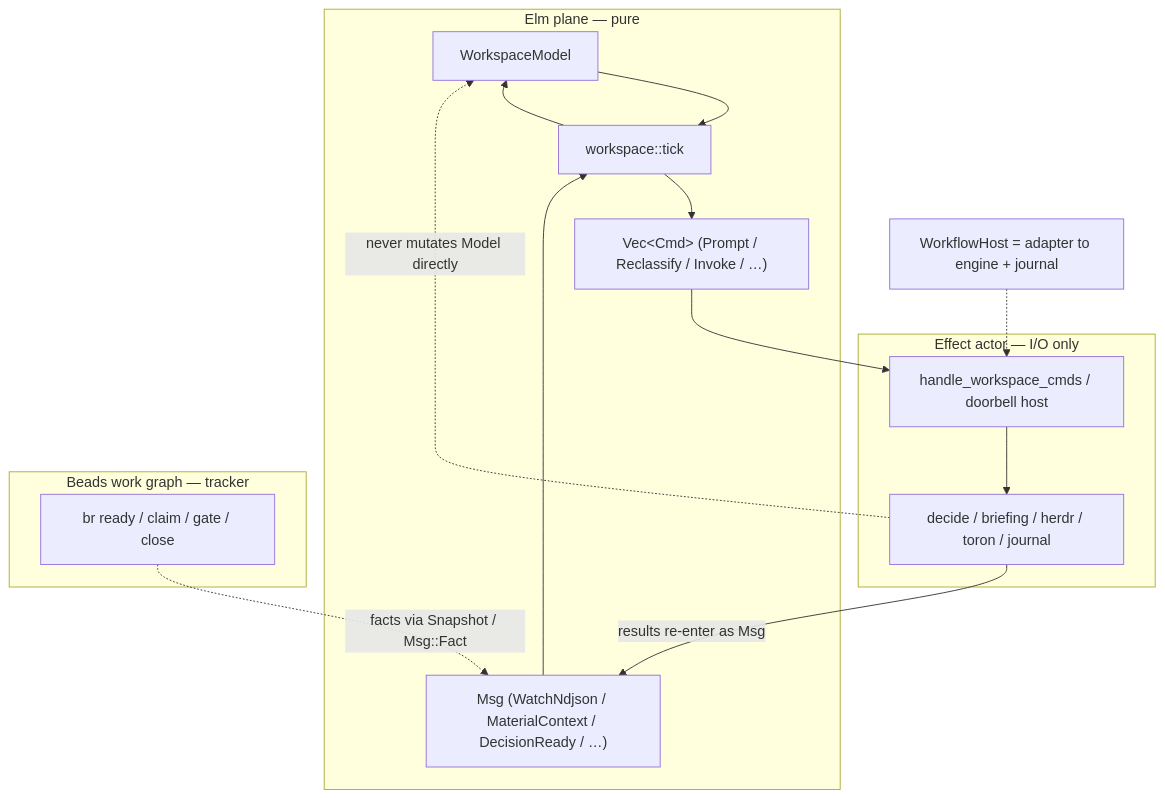
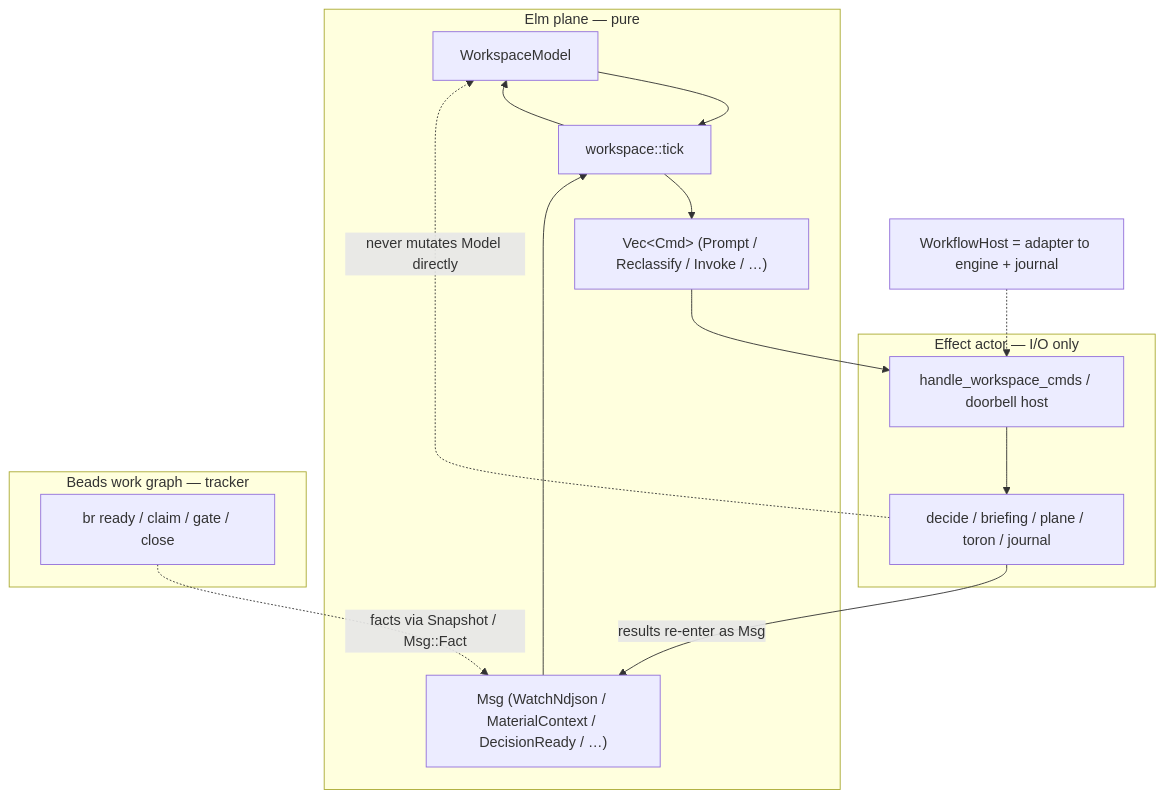
One commit to bangedorrunt/flywheel changed the diagram in docs/agent-instructions/orchestration.md. Above: the diagram before and after it, drawn with Mermaid. The commit also changed 17 other files, not shown here.

````diff
--- a/docs/agent-instructions/orchestration.md
+++ b/docs/agent-instructions/orchestration.md
@@ -171,26 +171,26 @@
 ```mermaid
 flowchart TB
   subgraph elm ["Elm plane — pure"]
     M["WorkspaceModel"]
     MSG["Msg (WatchNdjson / MaterialContext / DecisionReady / …)"]
     T["workspace::tick"]
     CMD["Vec&lt;Cmd&gt; (Prompt / Reclassify / Invoke / …)"]
     M --> T
     MSG --> T
     T --> M
     T --> CMD
   end
   subgraph effect ["Effect actor — I/O only"]
     H["handle_workspace_cmds / doorbell host"]
-    D["decide / briefing / herdr / toron / journal"]
+    D["decide / briefing / plane / toron / journal"]
     H --> D
     D -->|"results re-enter as Msg"| MSG
   end
   subgraph beads ["Beads work graph — tracker"]
     B["br ready / claim / gate / close"]
   end
   CMD --> H
   D -.->|"never mutates Model directly"| M
   B -.->|"facts via Snapshot / Msg::Fact"| MSG
   WH["WorkflowHost = adapter to engine + journal"] -.-> H
 ```
````
